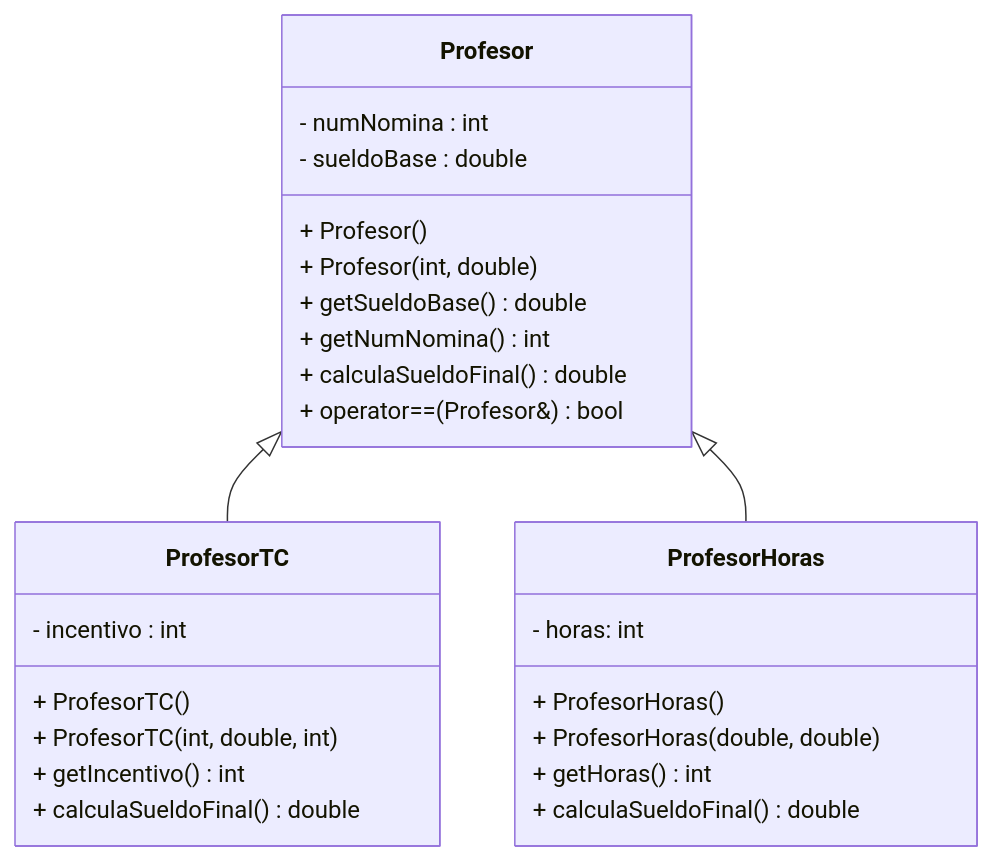
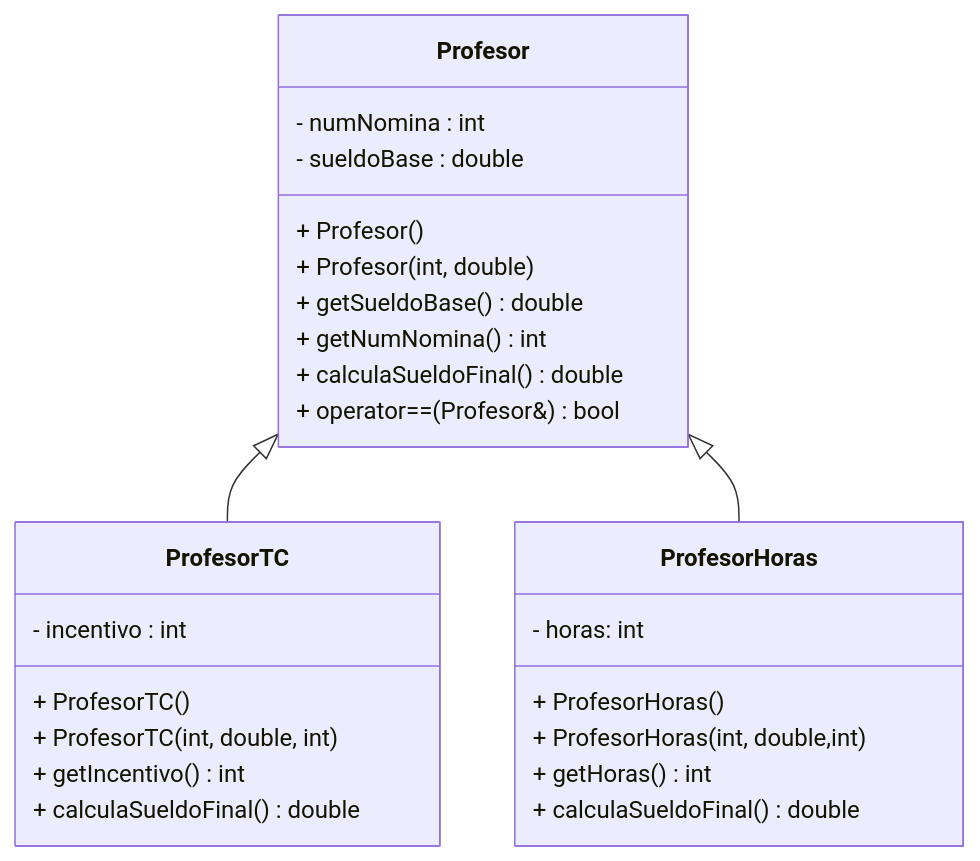
The diagram in README.md (TC1030/Examen_profesor), drawn with Mermaid before and after one commit.

Commit message:
Correccion de UML

````diff
--- a/README.md
+++ b/README.md
@@ -10,30 +10,30 @@
 ```mermaid
 classDiagram
     Profesor <|-- ProfesorTC 
     Profesor <|-- ProfesorHoras 
     class Profesor {
         - numNomina : int 
         - sueldoBase : double  
       }
       Profesor: + Profesor() 
       Profesor: + Profesor(int, double) 
       Profesor: + getSueldoBase() double 
       Profesor: + getNumNomina() int 
       Profesor: + calculaSueldoFinal() double 
       Profesor: + operator==(Profesor&) bool  
      class ProfesorTC {
         - incentivo : int 
       }
         ProfesorTC: + ProfesorTC() 
         ProfesorTC: + ProfesorTC(int, double, int) 
         ProfesorTC: + getIncentivo() int 
         ProfesorTC: + calculaSueldoFinal()  double  
     
     class ProfesorHoras {
         - horas: int 
       }
         ProfesorHoras: + ProfesorHoras() 
-        ProfesorHoras: + ProfesorHoras(double, double) 
+        ProfesorHoras: + ProfesorHoras(int, double,int) 
         ProfesorHoras: + getHoras() int 
         ProfesorHoras: + calculaSueldoFinal()  double 
 ```
````
